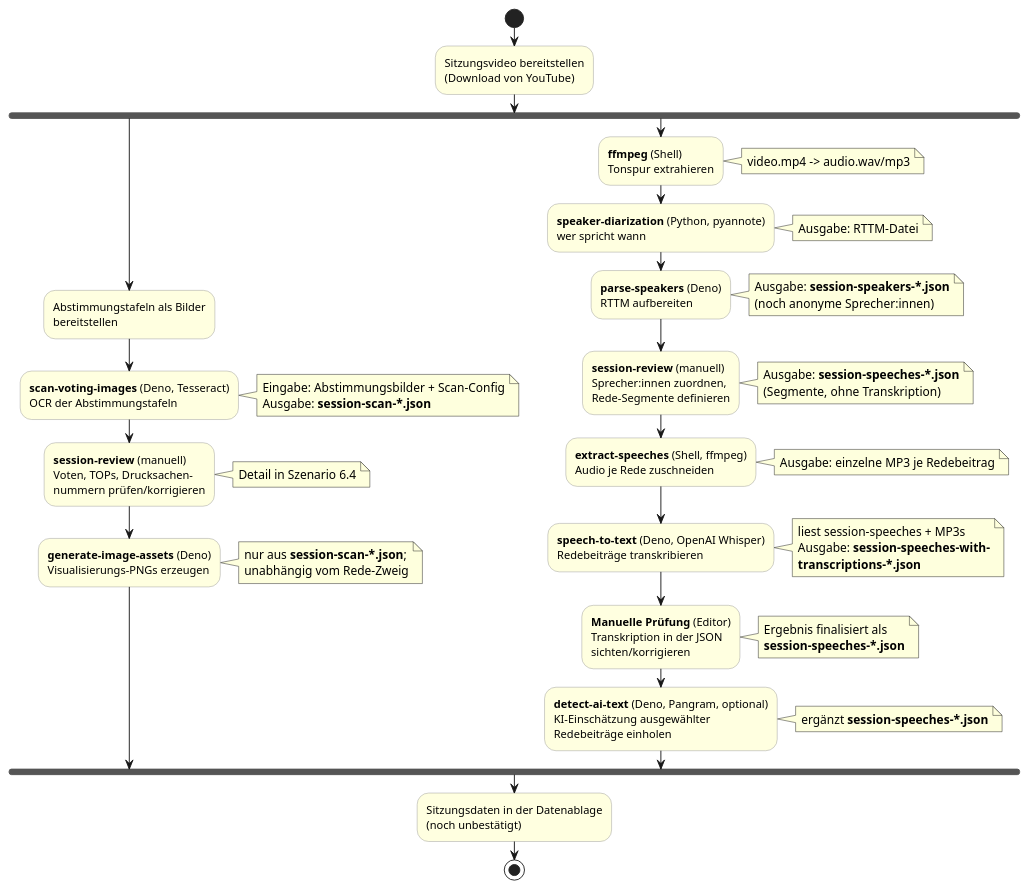
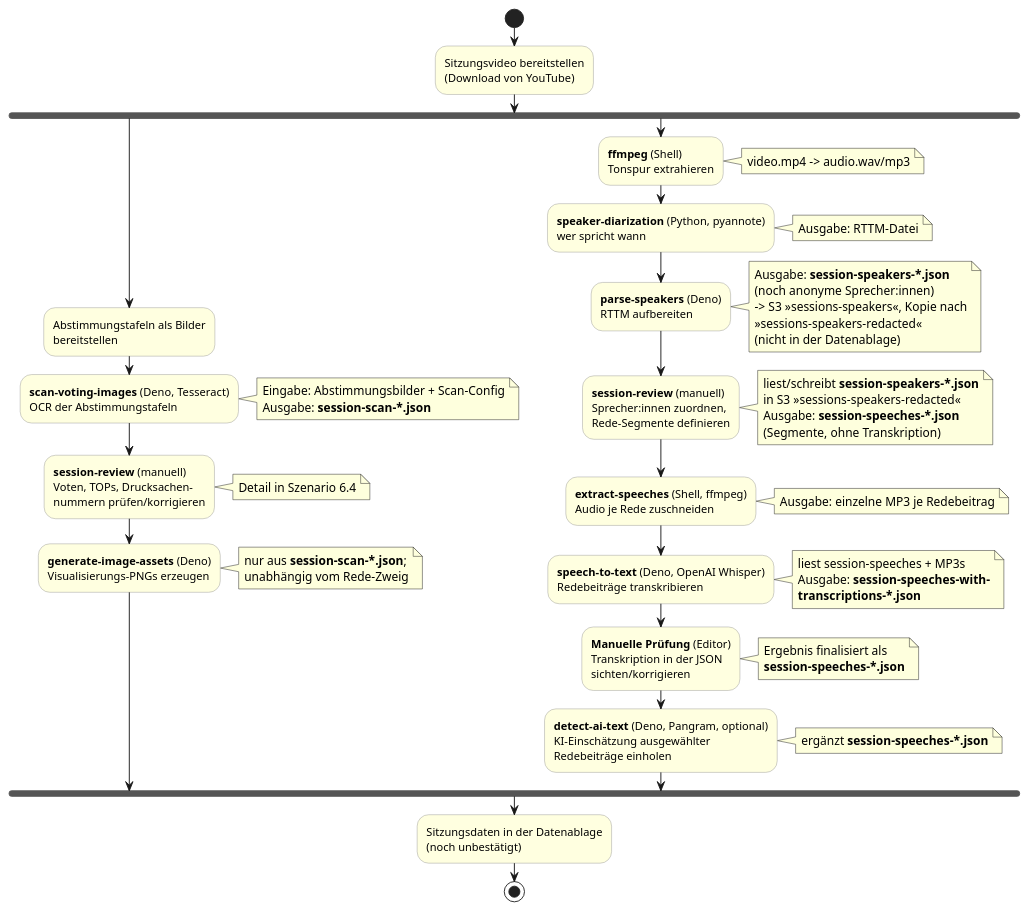
The diagram in docs/arc42/06-laufzeitsicht/01-sitzungsverarbeitung.adoc (code-for-magdeburg/StadtratWatch-web), drawn with PlantUML before and after one commit. The commit also changed other lines of this file and 6 other files, not shown here.

First line of the commit message:
docs: document S3 as the only store for session-speakers files

```diff
--- a/docs/arc42/06-laufzeitsicht/01-sitzungsverarbeitung.adoc
+++ b/docs/arc42/06-laufzeitsicht/01-sitzungsverarbeitung.adoc
@@ -36,66 +36,71 @@
 [plantuml,lz-sitzungsverarbeitung,svg]
 ....
 @startuml
 skinparam shadowing false
 skinparam activity {
   BackgroundColor #lightyellow
   BorderColor #999999
 }
 
 start
 :Sitzungsvideo bereitstellen\n(Download von YouTube);
 
 fork
   ' --- Abstimmungs-Zweig (OCR) ---
   :Abstimmungstafeln als Bilder\nbereitstellen;
   :**scan-voting-images** (Deno, Tesseract)\nOCR der Abstimmungstafeln;
   note right
     Eingabe: Abstimmungsbilder + Scan-Config
     Ausgabe: **session-scan-*.json**
   end note
   :**session-review** (manuell)\nVoten, TOPs, Drucksachen-\nnummern prüfen/korrigieren;
   note right: Detail in Szenario 6.4
   :**generate-image-assets** (Deno)\nVisualisierungs-PNGs erzeugen;
   note right
     nur aus **session-scan-*.json**;
     unabhängig vom Rede-Zweig
   end note
 fork again
   ' --- Rede-Zweig (Audio) ---
   :**ffmpeg** (Shell)\nTonspur extrahieren;
   note right: video.mp4 -> audio.wav/mp3
   :**speaker-diarization** (Python, pyannote)\nwer spricht wann;
   note right: Ausgabe: RTTM-Datei
   :**parse-speakers** (Deno)\nRTTM aufbereiten;
   note right
     Ausgabe: **session-speakers-*.json**
     (noch anonyme Sprecher:innen)
+    -> S3 »sessions-speakers«, Kopie nach
+    »sessions-speakers-redacted«
+    (nicht in der Datenablage)
   end note
   :**session-review** (manuell)\nSprecher:innen zuordnen,\nRede-Segmente definieren;
   note right
+    liest/schreibt **session-speakers-*.json**
+    in S3 »sessions-speakers-redacted«
     Ausgabe: **session-speeches-*.json**
     (Segmente, ohne Transkription)
   end note
   :**extract-speeches** (Shell, ffmpeg)\nAudio je Rede zuschneiden;
   note right: Ausgabe: einzelne MP3 je Redebeitrag
   :**speech-to-text** (Deno, OpenAI Whisper)\nRedebeiträge transkribieren;
   note right
     liest session-speeches + MP3s
     Ausgabe: **session-speeches-with-**
     **transcriptions-*.json**
   end note
   :**Manuelle Prüfung** (Editor)\nTranskription in der JSON\nsichten/korrigieren;
   note right
     Ergebnis finalisiert als
     **session-speeches-*.json**
   end note
   :**detect-ai-text** (Deno, Pangram, optional)\nKI-Einschätzung ausgewählter\nRedebeiträge einholen;
   note right
     ergänzt **session-speeches-*.json**
   end note
 end fork
 
 :Sitzungsdaten in der Datenablage\n(noch unbestätigt);
 stop
 @enduml
 ....
```
